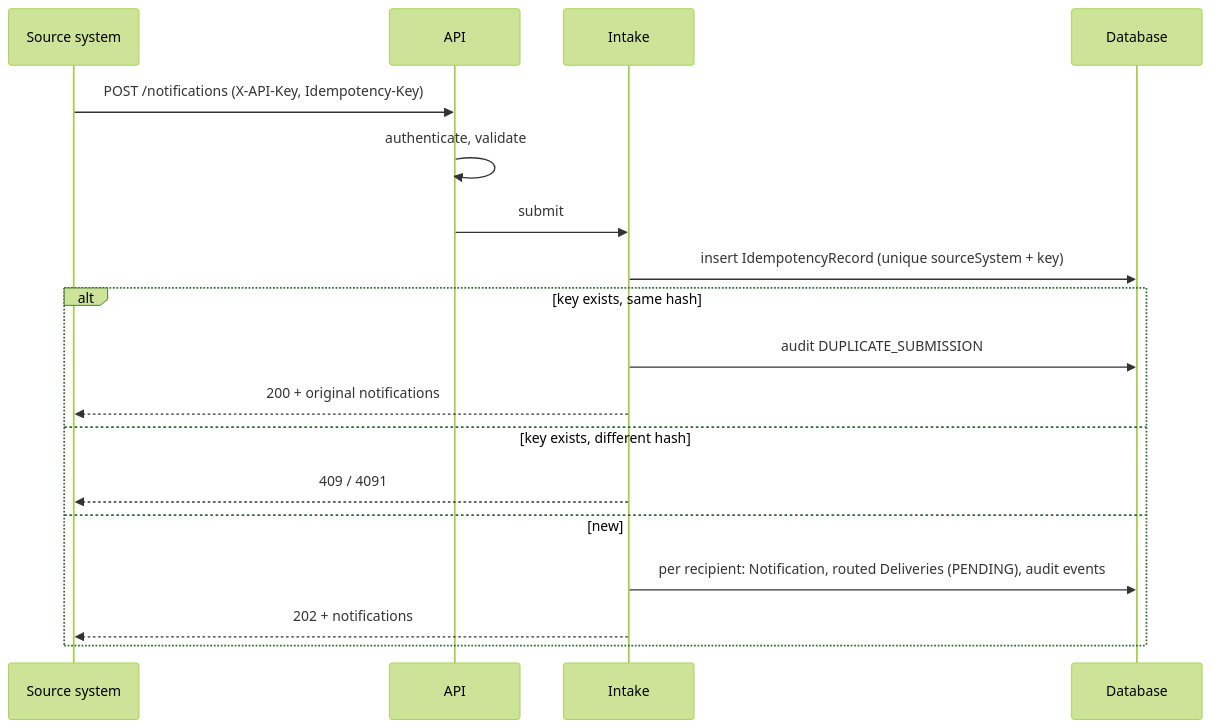
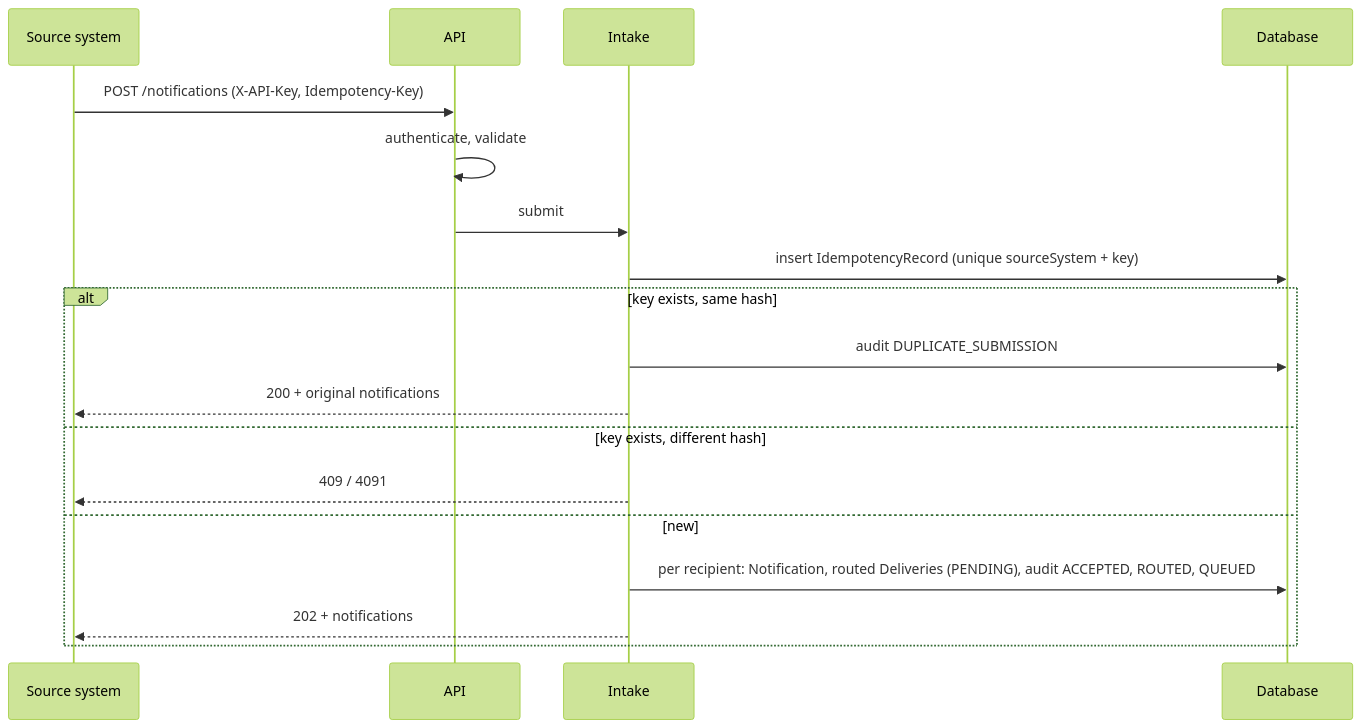
The fourth of 6 diagrams in docs/architecture.md (radwara/nms), drawn with Mermaid (forest theme) before and after one commit. The commit also changed other lines of this file, not shown here.

````diff
--- a/docs/architecture.md
+++ b/docs/architecture.md
@@ -367,20 +336,20 @@
 ```mermaid
 sequenceDiagram
     participant S as Source system
     participant A as API
     participant I as Intake
     participant D as Database
     S->>A: POST /notifications (X-API-Key, Idempotency-Key)
     A->>A: authenticate, validate
     A->>I: submit
     I->>D: insert IdempotencyRecord (unique sourceSystem + key)
     alt key exists, same hash
         I->>D: audit DUPLICATE_SUBMISSION
         I-->>S: 200 + original notifications
     else key exists, different hash
         I-->>S: 409 / 4091
     else new
-        I->>D: per recipient: Notification, routed Deliveries (PENDING), audit events
+        I->>D: per recipient: Notification, routed Deliveries (PENDING), audit ACCEPTED, ROUTED, QUEUED
         I-->>S: 202 + notifications
     end
 ```
````
